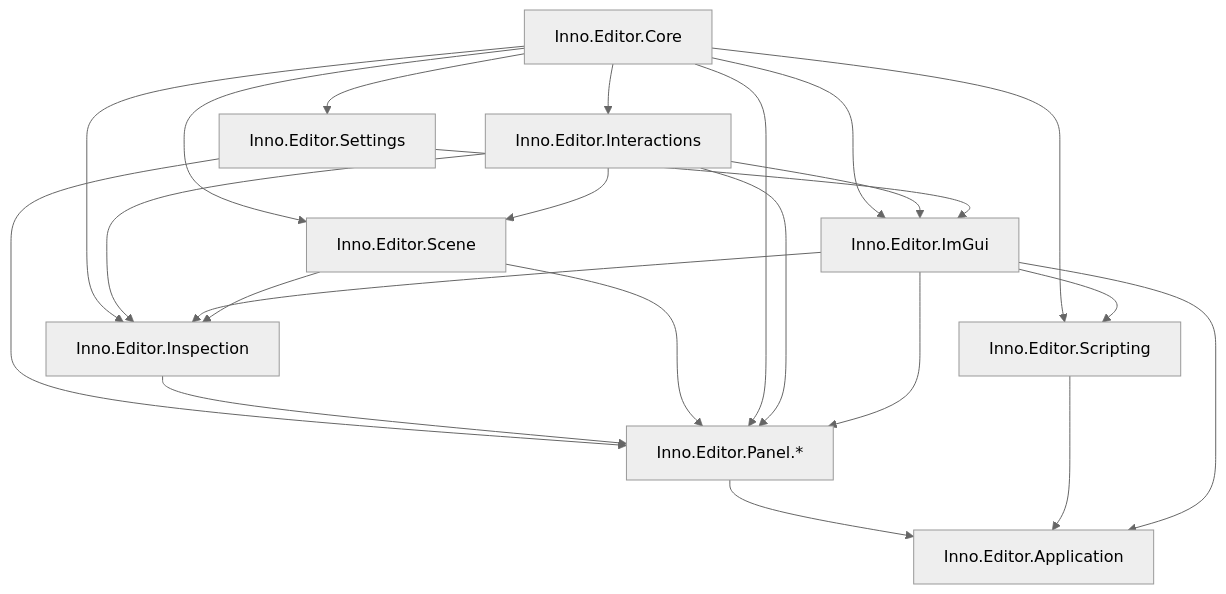
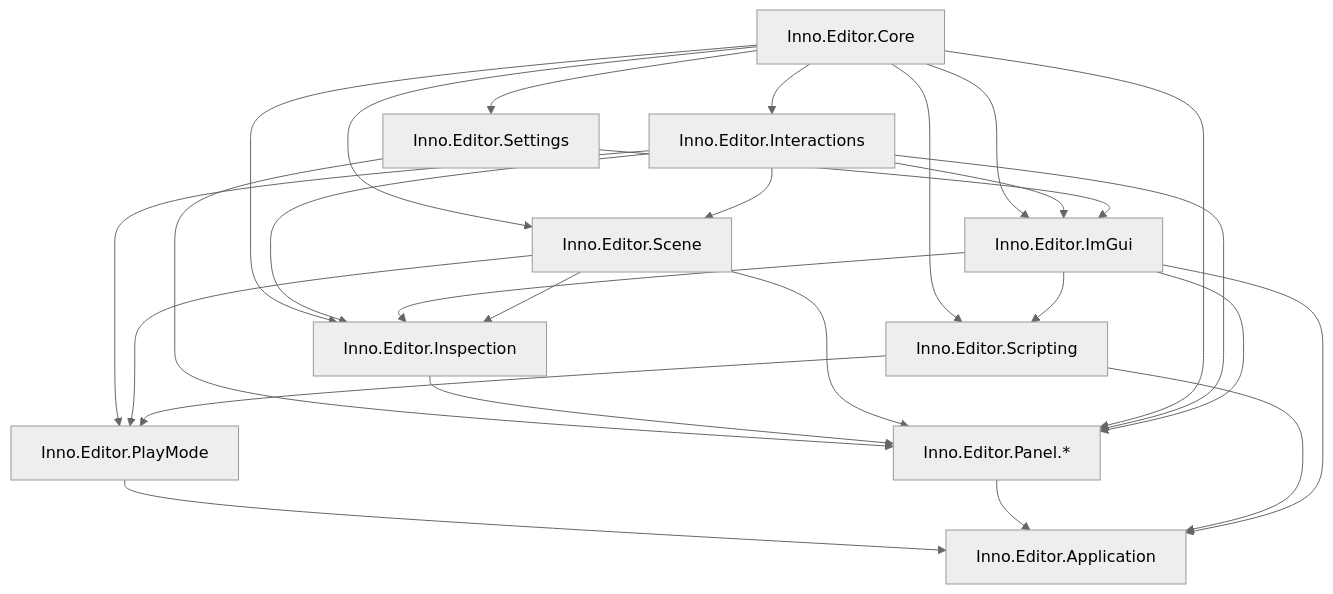
One commit to FLwolfy/InnoEngine changed the diagram in docs/editor/README.md. Above: the diagram before and after it, drawn with Mermaid (neutral theme). The commit also changed other lines of this file and 66 other files, not shown here.

Commit message:
Support Editor Play Mode

````diff
--- a/docs/editor/README.md
+++ b/docs/editor/README.md
@@ -34,25 +35,29 @@
 ```mermaid
 flowchart TD
     Core["Inno.Editor.Core"] --> Interactions["Inno.Editor.Interactions"]
     Core --> ImGui["Inno.Editor.ImGui"]
     Interactions --> ImGui
+    Interactions --> PlayMode["Inno.Editor.PlayMode"]
     Core --> Inspection["Inno.Editor.Inspection"]
     Interactions --> Inspection
     ImGui --> Inspection
     Core --> Scene["Inno.Editor.Scene"]
     Interactions --> Scene
+    Scene --> PlayMode
     Core --> Settings["Inno.Editor.Settings"]
     Settings --> ImGui
     Settings --> Panels
     Scene --> Inspection
     Inspection --> Panels
     Scene --> Panels["Inno.Editor.Panel.*"]
     Core --> Panels
     Interactions --> Panels
     ImGui --> Panels
     Core --> Scripting["Inno.Editor.Scripting"]
     ImGui --> Scripting
+    Scripting --> PlayMode
+    PlayMode --> Application
     Panels --> Application["Inno.Editor.Application"]
     Scripting --> Application
     ImGui --> Application
 ```
````
